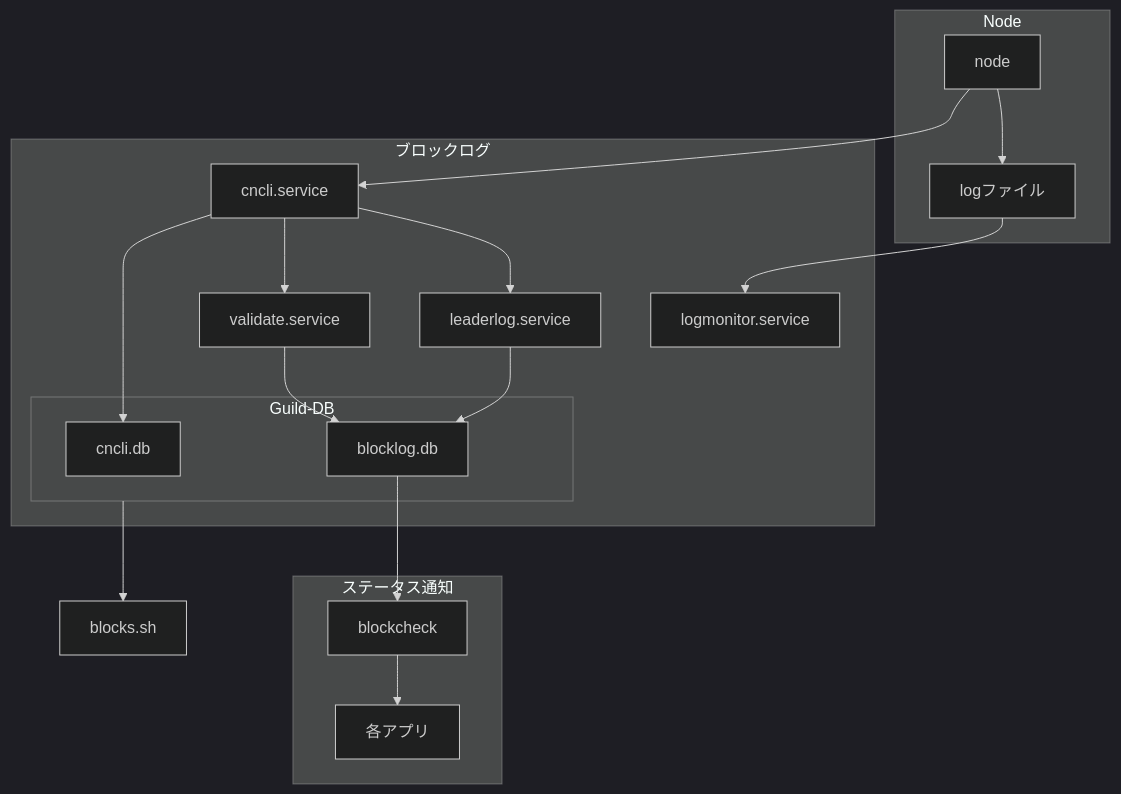
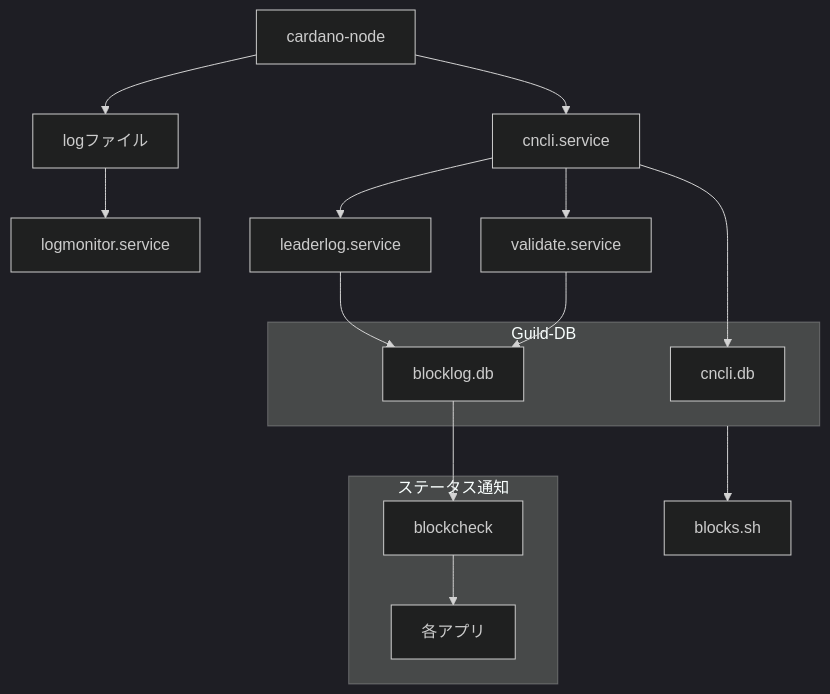
Before and after one commit to btbf/spojapanguild: the diagram in docs/setup/10-blocklog-setup.md, drawn with Mermaid (dark theme). The commit also changed other lines of this file and 2 other files, not shown here.

Commit message:
図崩れ修正  #115

````diff
--- a/docs/setup/10-blocklog-setup.md
+++ b/docs/setup/10-blocklog-setup.md
@@ -27,31 +26,25 @@
     ``` mermaid
         flowchart TB
-            subgraph Node
-                a1[node] --> a2[logファイル]
-            end
-            a1 --> a3[cncli.service]
+            a1[cardano-node] --> a2[logファイル]
             a3 --> a5[leaderlog.service]
             a3 --> a6[validate.service]
+            a1[cardano-node] --> a3[cncli.service]
             a2 --> a4[logmonitor.service]
-            subgraph ブロックログ
-                a3[cncli.service]
-                a4[logmonitor.service]
-                a5[leaderlog.service]
-                a6[validate.service]
-                
-                subgraph Guild-DB
-                    a7[cncli.db]
-                    a8[blocklog.db]
-                end
+            a3[cncli.service]
+            a4[logmonitor.service]
+            a5[leaderlog.service]
+            a6[validate.service]
+            subgraph Guild-DB
+                a7[cncli.db]
+                a8[blocklog.db]
             end
             subgraph ステータス通知
                 a9[blockcheck] --> 各アプリ
             end
-
             Guild-DB --> blocks.sh
             a8[blocklog.db] --> a9[blockcheck]
             a3[cncli.service] --> a7[cncli.db]
             a5[leaderlog.service] --> a8[blocklog.db]
             a6[validate.service] --> a8[blocklog.db]
             
     ```
````
